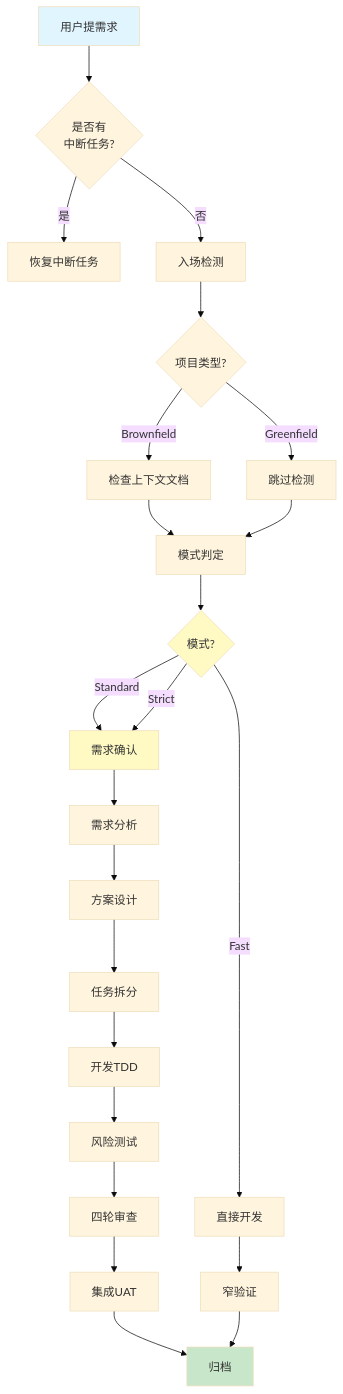
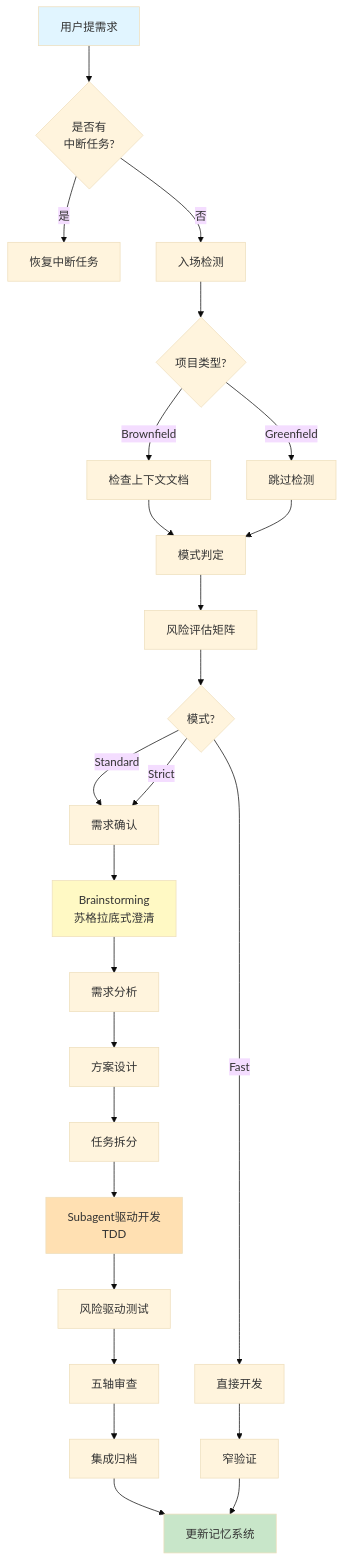
The diagram in README.md (zgcgreat/devflow-kit), drawn with Mermaid (base theme) before and after one commit. The commit also changed other lines of this file and 124 other files, not shown here.

````diff
--- a/README.md
+++ b/README.md
@@ -13,35 +102,37 @@
 ```mermaid
 graph TB
     Start[用户提需求] --> Check{是否有<br/>中断任务?}
     Check -->|是| Resume[恢复中断任务]
     Check -->|否| Detect[入场检测]
     
     Detect --> Brownfield{项目类型?}
     Brownfield -->|Brownfield| ContextCheck[检查上下文文档]
     Brownfield -->|Greenfield| Skip[跳过检测]
     
     ContextCheck --> ModeSelect[模式判定]
     Skip --> ModeSelect
     
-    ModeSelect --> Fast{模式?}
+    ModeSelect --> Risk评估[风险评估矩阵]
+    Risk评估 --> Fast{模式?}
     Fast -->|Fast| DirectDev[直接开发]
     Fast -->|Standard| Confirm[需求确认]
     Fast -->|Strict| Confirm
     
-    Confirm --> Analysis[需求分析]
+    Confirm --> Brainstorm[Brainstorming<br/>苏格拉底式澄清]
+    Brainstorm --> Analysis[需求分析]
     Analysis --> Design[方案设计]
     Design --> Task[任务拆分]
-    Task --> Dev[开发TDD]
-    Dev --> Test[风险测试]
-    Test --> Review[四轮审查]
-    Review --> Integration[集成UAT]
-    Integration --> Archive[归档]
+    Task --> Dev[Subagent驱动开发<br/>TDD]
+    Dev --> Test[风险驱动测试]
+    Test --> Review[五轴审查]
+    Review --> Integration[集成归档]
+    Integration --> Memory[更新记忆系统]
     
     DirectDev --> Verify[窄验证]
-    Verify --> Archive
+    Verify --> Memory
     
     style Start fill:#e1f5ff
-    style Archive fill:#c8e6c9
-    style Fast fill:#fff9c4
-    style Confirm fill:#fff9c4
+    style Memory fill:#c8e6c9
+    style Brainstorm fill:#fff9c4
+    style Dev fill:#ffe0b2
 ```
````
